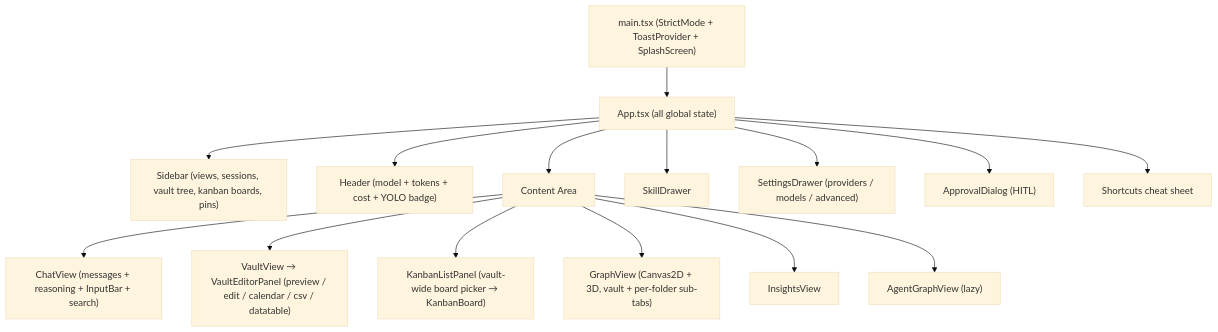
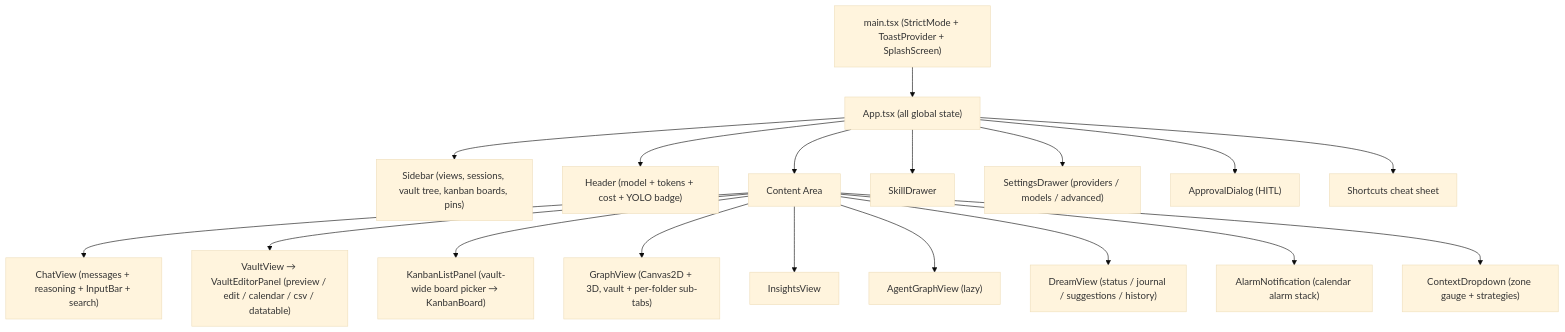
Before and after one commit to NinoCoelho/nexus: diagram 12 of 12 in README.md, drawn with Mermaid (base theme). The commit also changed other lines of this file and 17 other files, not shown here.

````diff
--- a/README.md
+++ b/README.md
@@ -763,29 +800,35 @@
 ```mermaid
 graph TB
     MAIN["main.tsx (StrictMode + ToastProvider + SplashScreen)"]
     APP["App.tsx (all global state)"]
 
     MAIN --> APP
 
     SIDEBAR["Sidebar (views, sessions, vault tree, kanban boards, pins)"]
     HEADER["Header (model + tokens + cost + YOLO badge)"]
     CONTENT["Content Area"]
 
     APP --> SIDEBAR & HEADER & CONTENT
 
     CHAT["ChatView (messages + reasoning + InputBar + search)"]
     VAULT["VaultView → VaultEditorPanel (preview / edit / calendar / csv / datatable)"]
     KANBAN["KanbanListPanel (vault-wide board picker → KanbanBoard)"]
     GRAPH["GraphView (Canvas2D + 3D, vault + per-folder sub-tabs)"]
     INSIGHTS["InsightsView"]
     AGENTG["AgentGraphView (lazy)"]
 
     CONTENT --> CHAT & VAULT & KANBAN & GRAPH & INSIGHTS & AGENTG
 
+    DREAM["DreamView (status / journal / suggestions / history)"]
+    ALARM["AlarmNotification (calendar alarm stack)"]
+    CTXDRP["ContextDropdown (zone gauge + strategies)"]
+
+    CONTENT --> DREAM & ALARM & CTXDRP
+
     SKILLD["SkillDrawer"]
     SETTD["SettingsDrawer (providers / models / advanced)"]
     APPROVE["ApprovalDialog (HITL)"]
     SHORT["Shortcuts cheat sheet"]
 
     APP --> SKILLD & SETTD & APPROVE & SHORT
 ```
````
